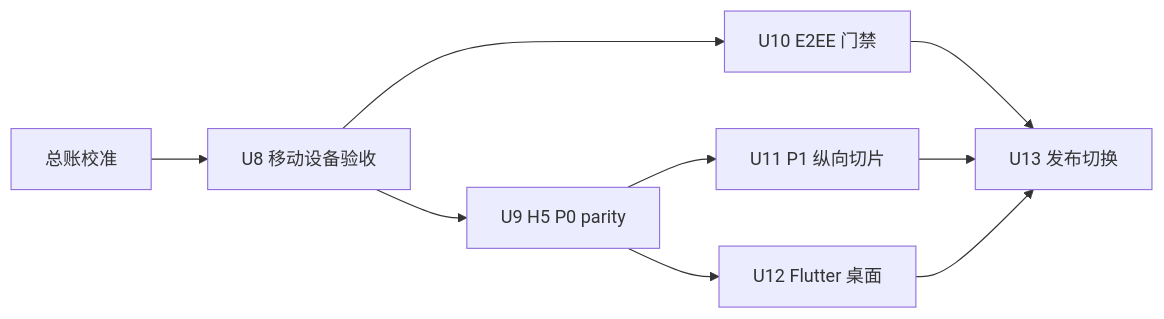
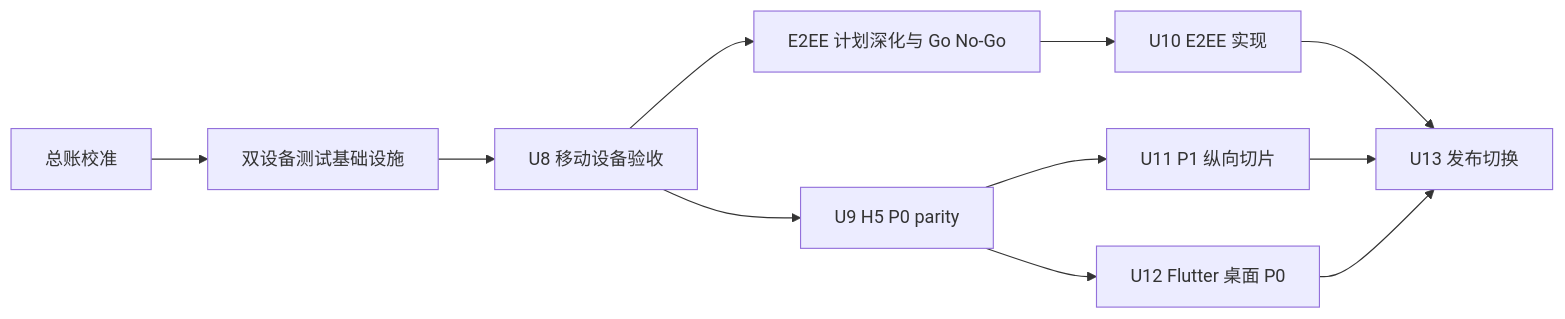
One commit to ZhcChen/redcode-im changed the diagram in docs/plans/2026-08-03-001-feat-im-2-0-remaining-work-plan.md. Above: the diagram before and after it, drawn with Mermaid. The commit also changed other lines of this file, not shown here.

````diff
--- a/docs/plans/2026-08-03-001-feat-im-2-0-remaining-work-plan.md
+++ b/docs/plans/2026-08-03-001-feat-im-2-0-remaining-work-plan.md
@@ -69,11 +69,13 @@
 ```mermaid
 flowchart LR
-  R0[总账校准] --> R1[U8 移动设备验收]
+  R0[总账校准] --> R10[双设备测试基础设施]
+  R10 --> R1[U8 移动设备验收]
   R1 --> R2[U9 H5 P0 parity]
-  R1 --> R3[U10 E2EE 门禁]
+  R1 --> R30[E2EE 计划深化与 Go No-Go]
+  R30 --> R3[U10 E2EE 实现]
   R2 --> R4[U11 P1 纵向切片]
-  R2 --> R5[U12 Flutter 桌面]
+  R2 --> R5[U12 Flutter 桌面 P0]
   R3 --> R6[U13 发布切换]
   R4 --> R6
   R5 --> R6
 ```
````
